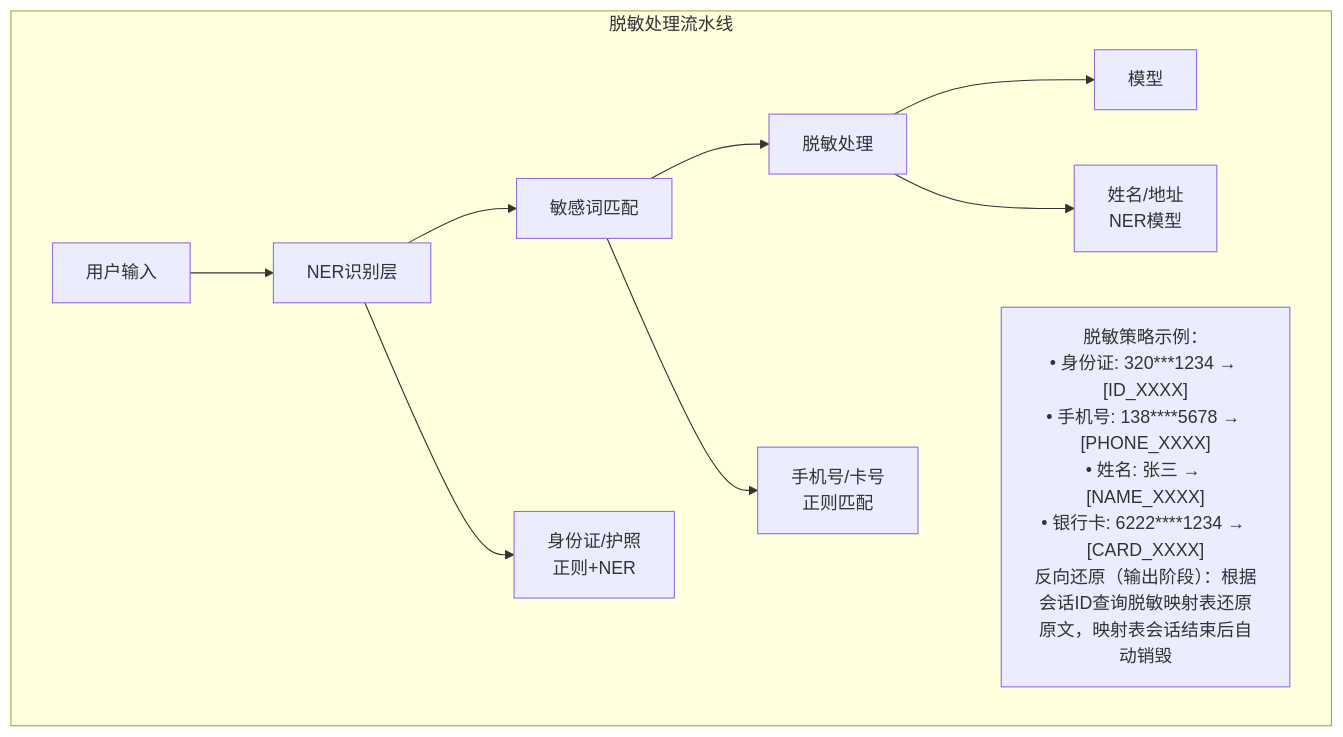
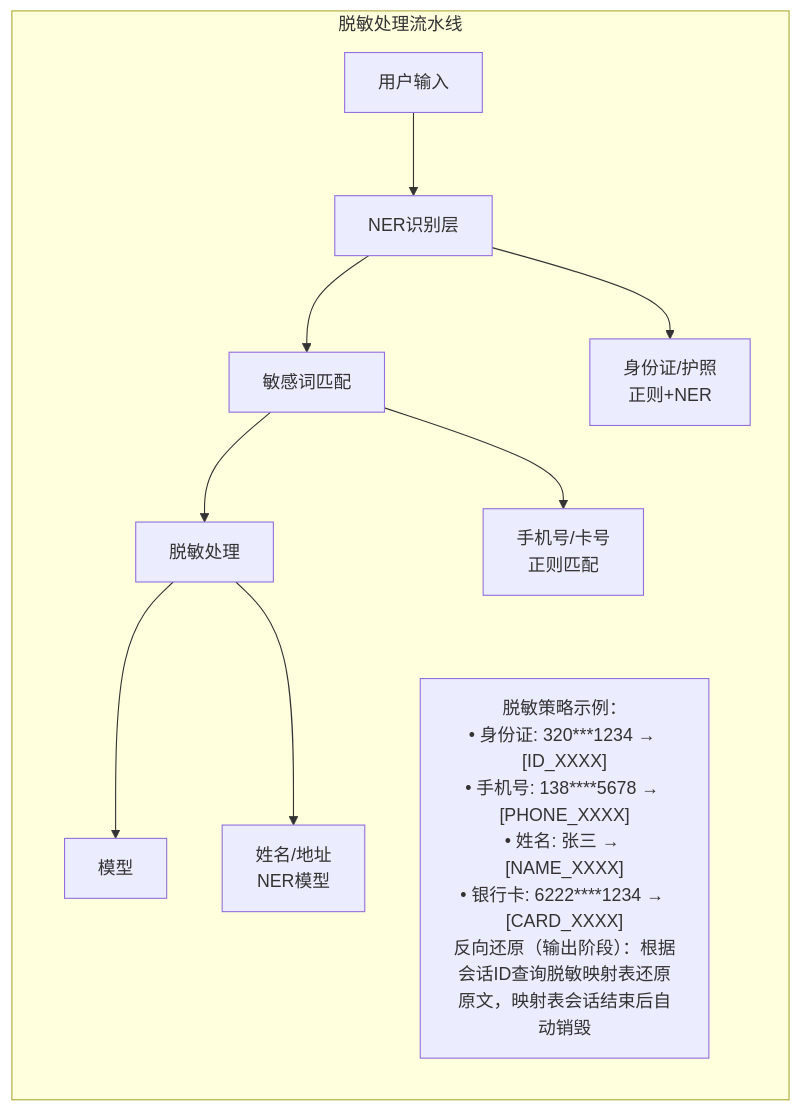
One commit to wonglaitung/splan changed the fifth of 32 diagrams in 1. 银行大模型本地化落地与AI转型全景规划书.md. Above: the diagram before and after it, drawn with Mermaid. The commit also changed other lines of this file, not shown here.

First line of the commit message:
style: 子图内部含兄弟节点的 direction LR 子图改 TB，兄弟横排

````diff
--- a/1. 银行大模型本地化落地与AI转型全景规划书.md
+++ b/1. 银行大模型本地化落地与AI转型全景规划书.md
@@ -206,14 +206,14 @@
 ```mermaid
 flowchart TB
   subgraph PIPE["脱敏处理流水线"]
-    direction LR
+    direction TB
     U["用户输入"] --> NER["NER识别层"]
     NER --> SW["敏感词匹配"]
     SW --> DM["脱敏处理"]
     DM --> MODEL["模型"]
     NER --> ID["身份证/护照<br/>正则+NER"]
     SW --> PH["手机号/卡号<br/>正则匹配"]
     DM --> NM["姓名/地址<br/>NER模型"]
     NOTE["脱敏策略示例：<br/>• 身份证: 320***1234 → [ID_XXXX]<br/>• 手机号: 138****5678 → [PHONE_XXXX]<br/>• 姓名: 张三 → [NAME_XXXX]<br/>• 银行卡: 6222****1234 → [CARD_XXXX]<br/>反向还原（输出阶段）：根据会话ID查询脱敏映射表还原原文，映射表会话结束后自动销毁"]
   end
 ```
````
